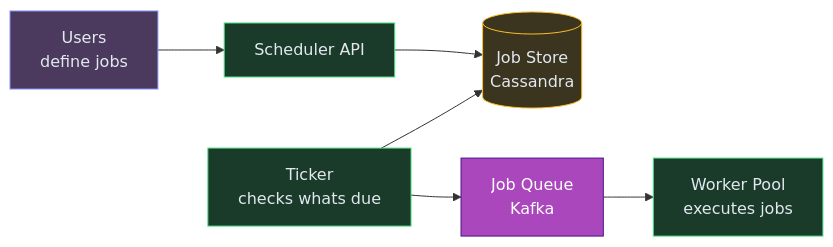
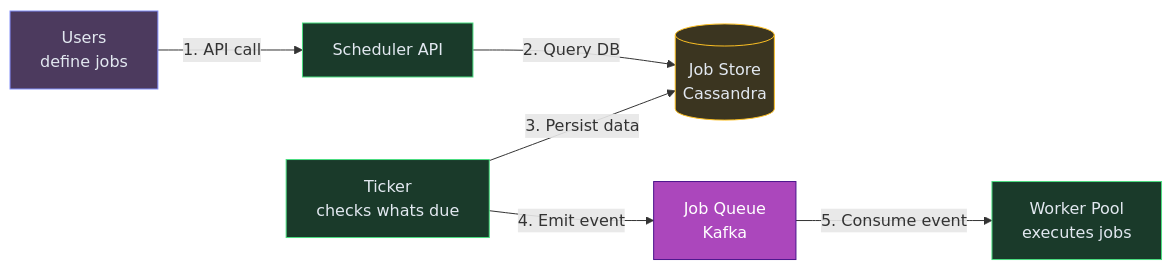
One commit to iluzn/HLD-Designs changed the first of 11 diagrams in content/hld/JobScheduler.md. Above: the diagram before and after it, drawn with Mermaid. The commit also changed other lines of this file and 27 other files, not shown here.

````diff
--- a/content/hld/JobScheduler.md
+++ b/content/hld/JobScheduler.md
@@ -19,20 +19,20 @@
 ```mermaid
 flowchart LR
     USER["Users<br/>define jobs"]:::client
     API["Scheduler API"]:::service
     DB[("Job Store<br/>Cassandra")]:::data
     TICKER["Ticker<br/>checks whats due"]:::service
     QUEUE["Job Queue<br/>Kafka"]:::async
     WORKERS["Worker Pool<br/>executes jobs"]:::service
 
-    USER --> API
-    API --> DB
-    TICKER --> DB
-    TICKER --> QUEUE
-    QUEUE --> WORKERS
+    USER -->|"1. API call"| API
+    API -->|"2. Query DB"| DB
+    TICKER -->|"3. Persist data"| DB
+    TICKER -->|"4. Emit event"| QUEUE
+    QUEUE -->|"5. Consume event"| WORKERS
 
     classDef client fill:#4c3a5e,stroke:#818cf8,color:#e2e8f0
     classDef service fill:#1a3a2a,stroke:#4ade80,color:#e2e8f0
     classDef async fill:#AB47BC,stroke:#4A148C,color:#fff
     classDef data fill:#3b3520,stroke:#fbbf24,color:#e2e8f0
 ```
````
